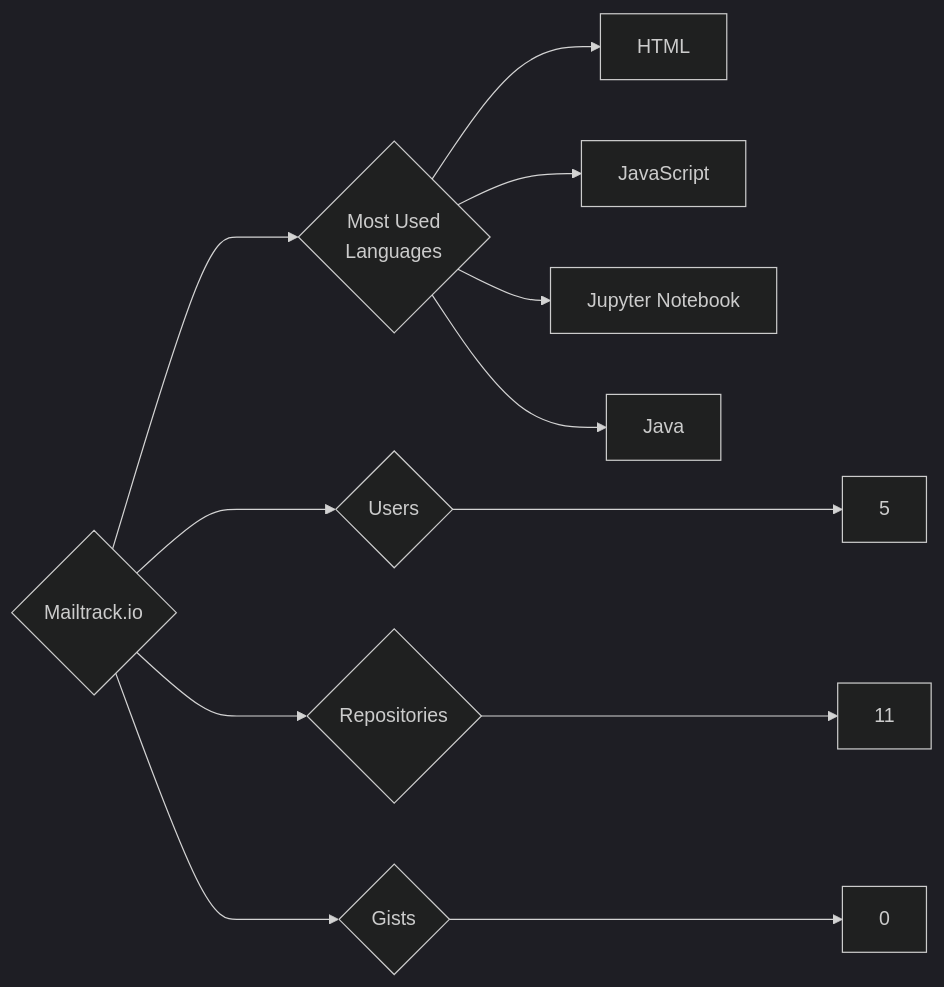
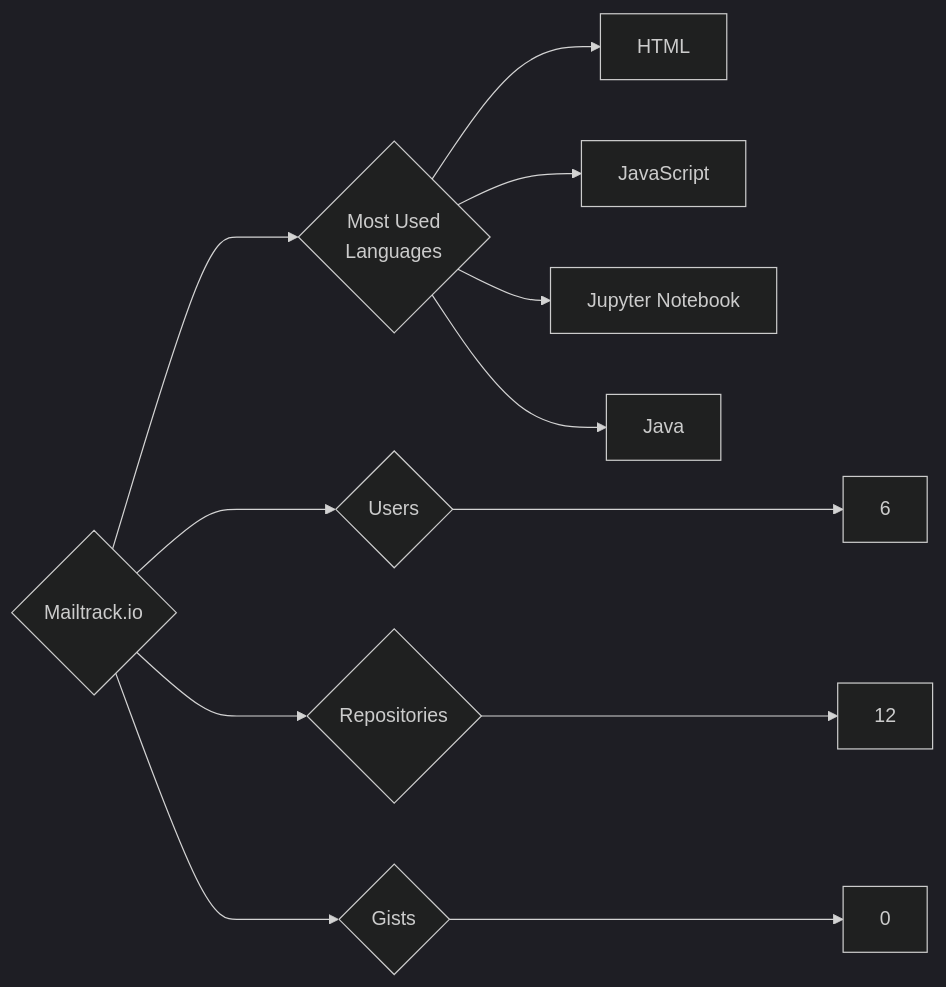
One commit to trickest/insiders changed the diagram in targets/Mailtrack.io/README.md. Above: the diagram before and after it, drawn with Mermaid (dark theme). The commit also changed 984 other files, not shown here.

````diff
--- a/targets/Mailtrack.io/README.md
+++ b/targets/Mailtrack.io/README.md
@@ -3,12 +3,12 @@
 ```mermaid
 graph LR
 COMPANY_NAME{Mailtrack.io}
-COMPANY_NAME ---> U{Users} ---> UN[5]
-COMPANY_NAME ---> R{Repositories} ---> RN[11]
+COMPANY_NAME ---> U{Users} ---> UN[6]
+COMPANY_NAME ---> R{Repositories} ---> RN[12]
 COMPANY_NAME ---> G{Gists} ---> GN[0]
 COMPANY_NAME ---> ML{Most Used<br>Languages}
 ML --> HTML[HTML]
 ML --> JavaScript[JavaScript]
 ML --> Jupyter_Notebook[Jupyter Notebook]
 ML --> Java[Java]
 ```
````
